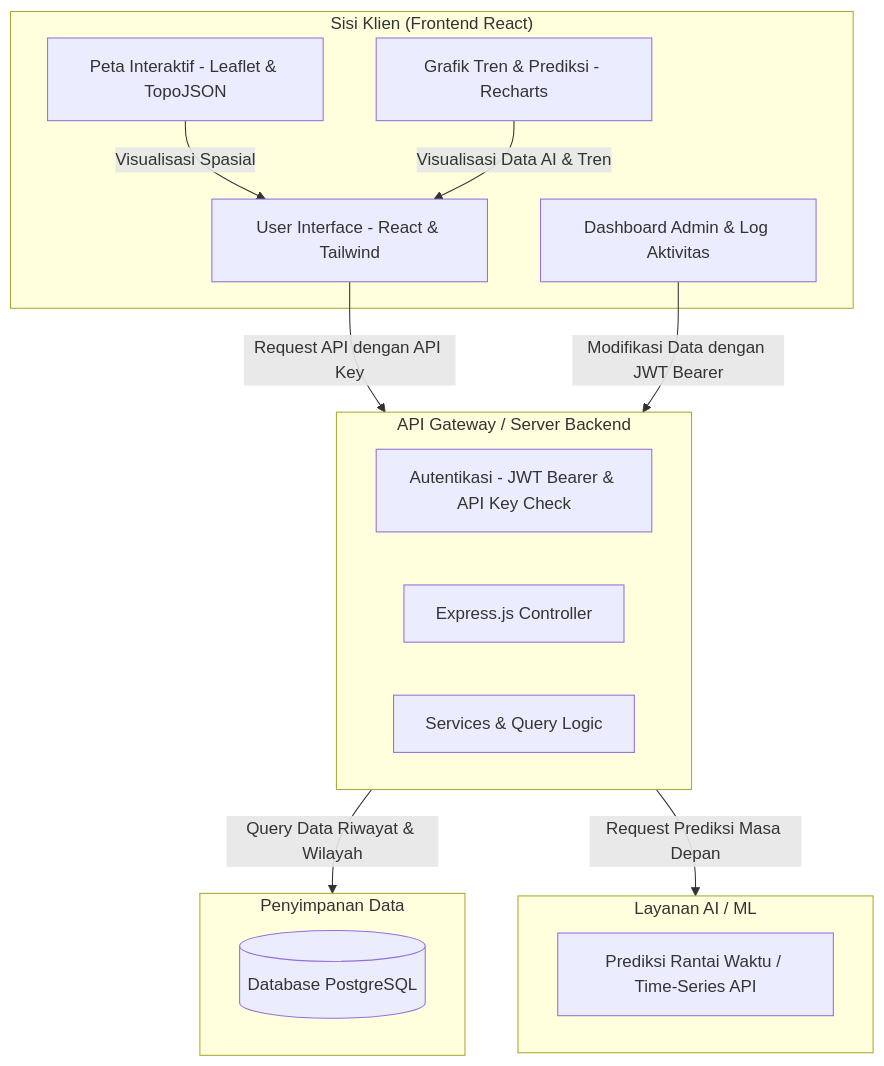
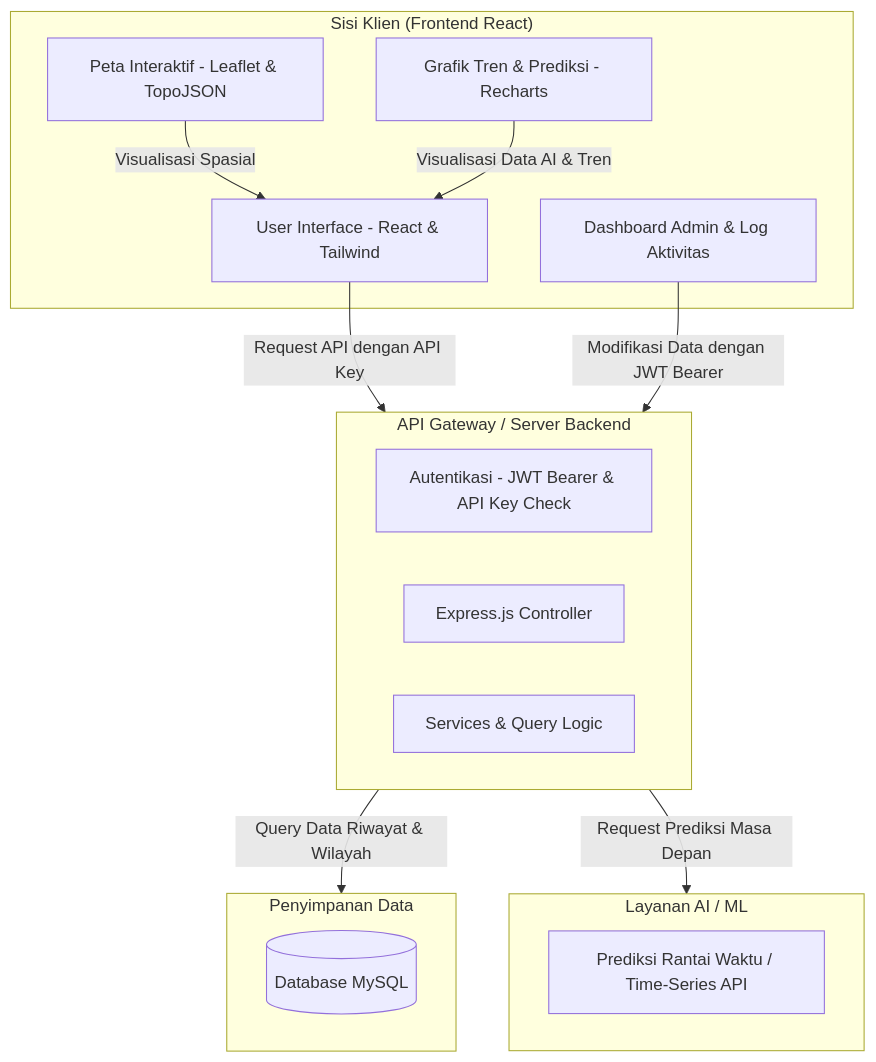
The diagram in README.md (panen-predict-hub/FE-SIPANGAN), drawn with Mermaid before and after one commit. The commit also changed other lines of this file and 1 other file, not shown here.

Commit message:
feat: add OurTeam page and update project documentation with team profile and database changes

````diff
--- a/README.md
+++ b/README.md
@@ -83,30 +83,30 @@
 ```mermaid
 graph TD
     subgraph Client ["Sisi Klien (Frontend React)"]
         UI[User Interface - React & Tailwind]
         Map[Peta Interaktif - Leaflet & TopoJSON]
         Chart[Grafik Tren & Prediksi - Recharts]
         Admin[Dashboard Admin & Log Aktivitas]
     end
 
     subgraph API_Gateway ["API Gateway / Server Backend"]
         Auth[Autentikasi - JWT Bearer & API Key Check]
         Controller[Express.js Controller]
         Services[Services & Query Logic]
     end
 
     subgraph ML ["Layanan AI / ML"]
         Predict[Prediksi Rantai Waktu / Time-Series API]
     end
 
     subgraph Database ["Penyimpanan Data"]
-        Postgres[(Database PostgreSQL)]
+        MySQL[(Database MySQL)]
     end
 
     UI -->|Request API dengan API Key| API_Gateway
     Admin -->|Modifikasi Data dengan JWT Bearer| API_Gateway
     API_Gateway -->|Query Data Riwayat & Wilayah| Database
     API_Gateway -->|Request Prediksi Masa Depan| ML
     Map -->|Visualisasi Spasial| UI
     Chart -->|Visualisasi Data AI & Tren| UI
 ```
````
